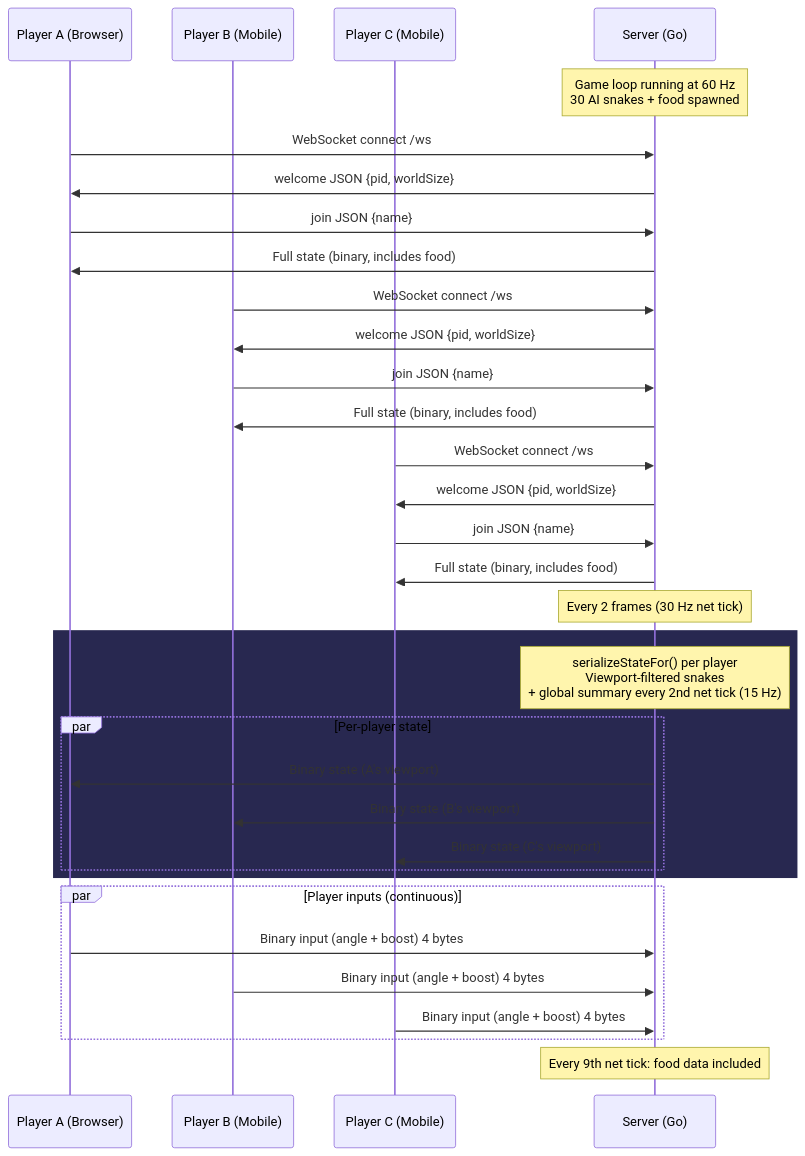
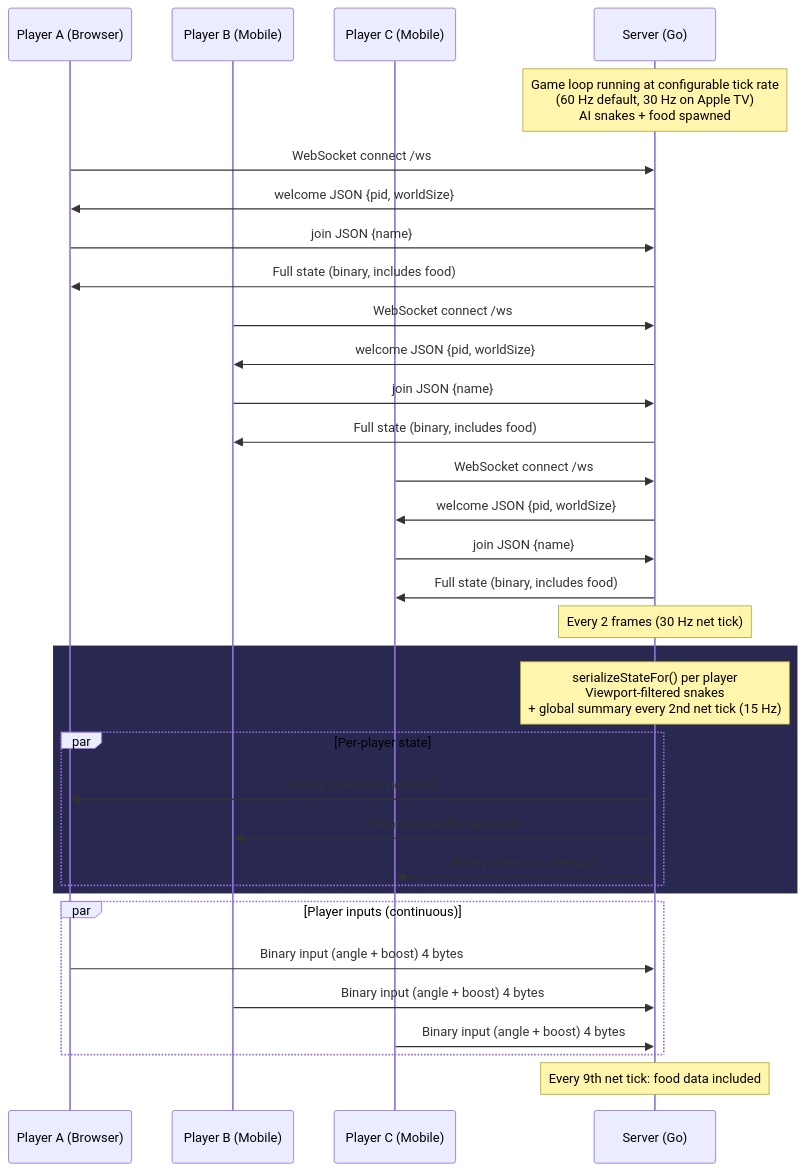
One commit to rswebdev/schlangen changed the first of 2 diagrams in README.md. Above: the diagram before and after it, drawn with Mermaid. The commit also changed other lines of this file, not shown here.

Commit message:
Update README.md to include Apple TV support and configurable tick rate details

````diff
--- a/README.md
+++ b/README.md
@@ -95,43 +112,43 @@
 ```mermaid
 sequenceDiagram
     participant A as Player A (Browser)
     participant B as Player B (Mobile)
     participant C as Player C (Mobile)
     participant S as Server (Go)
 
-    Note over S: Game loop running at 60 Hz<br/>30 AI snakes + food spawned
+    Note over S: Game loop running at configurable tick rate<br/>(60 Hz default, 30 Hz on Apple TV)<br/>AI snakes + food spawned
 
     A->>S: WebSocket connect /ws
     S->>A: welcome JSON {pid, worldSize}
     A->>S: join JSON {name}
     S->>A: Full state (binary, includes food)
 
     B->>S: WebSocket connect /ws
     S->>B: welcome JSON {pid, worldSize}
     B->>S: join JSON {name}
     S->>B: Full state (binary, includes food)
 
     C->>S: WebSocket connect /ws
     S->>C: welcome JSON {pid, worldSize}
     C->>S: join JSON {name}
     S->>C: Full state (binary, includes food)
 
     Note over S: Every 2 frames (30 Hz net tick)
 
     rect rgb(40, 40, 80)
         Note over S: serializeStateFor() per player<br/>Viewport-filtered snakes<br/>+ global summary every 2nd net tick (15 Hz)
         par Per-player state
             S->>A: Binary state (A's viewport)
             S->>B: Binary state (B's viewport)
             S->>C: Binary state (C's viewport)
         end
     end
 
     par Player inputs (continuous)
         A->>S: Binary input (angle + boost) 4 bytes
         B->>S: Binary input (angle + boost) 4 bytes
         C->>S: Binary input (angle + boost) 4 bytes
     end
 
     Note over S: Every 9th net tick: food data included
 ```
````
